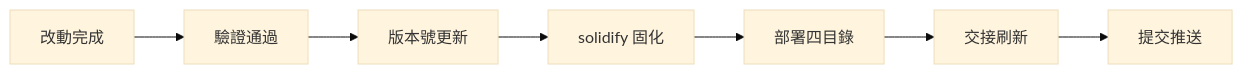
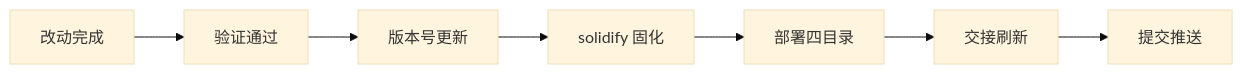
One commit to gogojaja/DevProjectTeamSkill changed the diagram in .trae/skills/dev-project-team-skill/skills/self-improve/domain/versioned-release.md. Above: the diagram before and after it, drawn with Mermaid (base theme). The commit also changed other lines of this file and 69 other files, not shown here.

````diff
--- a/.trae/skills/dev-project-team-skill/skills/self-improve/domain/versioned-release.md
+++ b/.trae/skills/dev-project-team-skill/skills/self-improve/domain/versioned-release.md
@@ -10,9 +10,9 @@
 ```mermaid
 graph LR
-  A[改動完成] --> B[驗證通過]
-  B --> C[版本號更新]
+  A[改动完成] --> B[验证通过]
+  B --> C[版本号更新]
   C --> D[solidify 固化]
-  D --> E[部署四目錄]
+  D --> E[部署四目录]
   E --> F[交接刷新]
   F --> G[提交推送]
 ```
````
